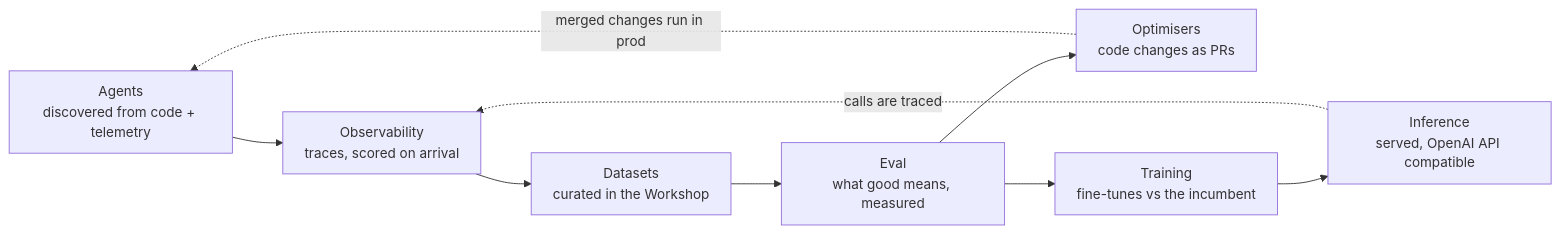
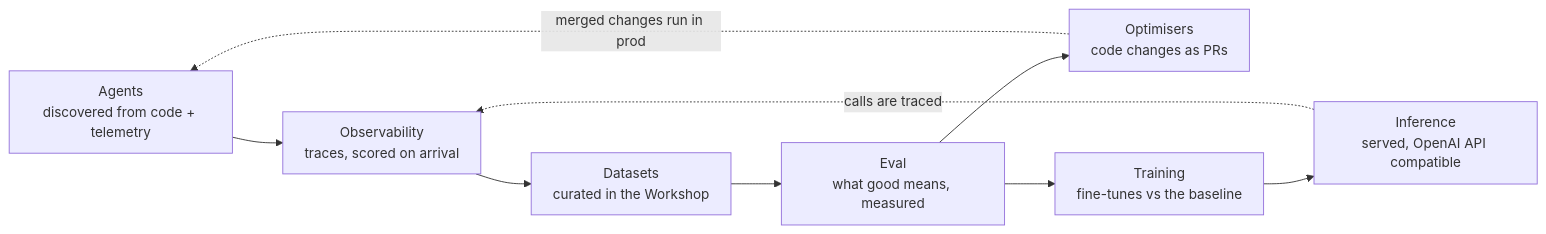
The diagram in index.mdx (overmind-core/docs), drawn with Mermaid before and after one commit. The commit also changed 10 other files, not shown here.

````diff
--- a/index.mdx
+++ b/index.mdx
@@ -11,12 +11,12 @@
 ```mermaid
 %%{init: {"flowchart": {"nodeSpacing": 48, "rankSpacing": 56, "padding": 12, "curve": "basis"}, "themeVariables": {"fontSize": "15px", "fontFamily": "PP Neue Montreal, system-ui, sans-serif"}}}%%
 flowchart LR
     A["Agents<br/>discovered from code + telemetry"] --> O["Observability<br/>traces, scored on arrival"]
     O --> D["Datasets<br/>curated in the Workshop"]
     D --> E["Eval<br/>what good means, measured"]
     E --> OP["Optimisers<br/>code changes as PRs"]
-    E --> T["Training<br/>fine-tunes vs the incumbent"]
+    E --> T["Training<br/>fine-tunes vs the baseline"]
     T --> I["Inference<br/>served, OpenAI API compatible"]
     OP -. "merged changes run in prod" .-> A
     I -. "calls are traced" .-> O
 ```
````
